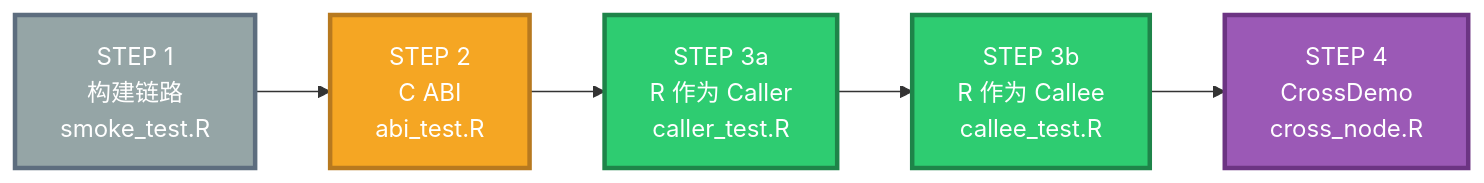
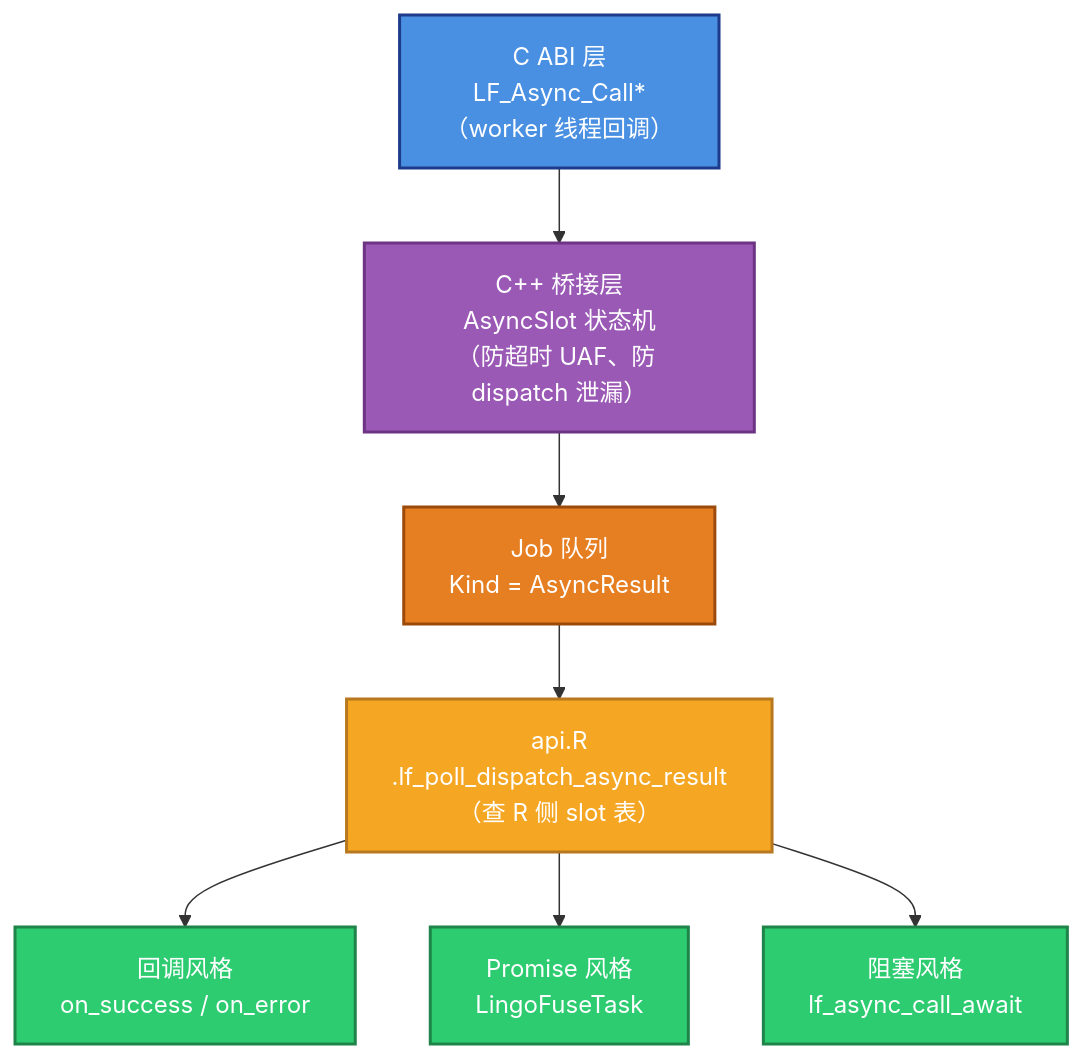
The eighth of 9 diagrams in r/README.md (PassByYou888/LingoFuse), drawn with Mermaid before and after one commit. The commit also changed other lines of this file and 155 other files, not shown here.

````diff
--- a/r/README.md
+++ b/r/README.md
@@ -832,16 +903,23 @@
 ```mermaid
-graph LR
-    S1["STEP 1<br/>构建链路<br/>smoke_test.R"]
-    S2["STEP 2<br/>C ABI<br/>abi_test.R"]
-    S3a["STEP 3a<br/>R 作为 Caller<br/>caller_test.R"]
-    S3b["STEP 3b<br/>R 作为 Callee<br/>callee_test.R"]
-    S4["STEP 4<br/>CrossDemo<br/>cross_node.R"]
+graph TB
+    RAW["C ABI 层<br/>LF_Async_Call*<br/>（worker 线程回调）"]
+    SLOT["C++ 桥接层<br/>AsyncSlot 状态机<br/>（防超时 UAF、防 dispatch 泄漏）"]
+    JOB["Job 队列<br/>Kind = AsyncResult"]
+    DISPATCH["api.R<br/>.lf_poll_dispatch_async_result<br/>（查 R 侧 slot 表）"]
+    CALLBACK["回调风格<br/>on_success / on_error"]
+    TASK["Promise 风格<br/>LingoFuseTask"]
+    AWAIT["阻塞风格<br/>lf_async_call_await"]
 
-    S1 --> S2 --> S3a --> S3b --> S4
+    RAW --> SLOT --> JOB --> DISPATCH
+    DISPATCH --> CALLBACK
+    DISPATCH --> TASK
+    DISPATCH --> AWAIT
 
-    style S1 fill:#95A5A6,stroke:#5D6D7E,stroke-width:3px,color:#FFFFFF
-    style S2 fill:#F5A623,stroke:#B7791F,stroke-width:3px,color:#FFFFFF
-    style S3a fill:#2ECC71,stroke:#1E8449,stroke-width:3px,color:#FFFFFF
-    style S3b fill:#2ECC71,stroke:#1E8449,stroke-width:3px,color:#FFFFFF
-    style S4 fill:#9B59B6,stroke:#6C3483,stroke-width:3px,color:#FFFFFF
+    style RAW fill:#4A90E2,stroke:#1E3A8A,stroke-width:2px,color:#FFFFFF
+    style SLOT fill:#9B59B6,stroke:#6C3483,stroke-width:2px,color:#FFFFFF
+    style JOB fill:#E67E22,stroke:#9C4A0C,stroke-width:2px,color:#FFFFFF
+    style DISPATCH fill:#F5A623,stroke:#B7791F,stroke-width:2px,color:#FFFFFF
+    style CALLBACK fill:#2ECC71,stroke:#1E8449,stroke-width:2px,color:#FFFFFF
+    style TASK fill:#2ECC71,stroke:#1E8449,stroke-width:2px,color:#FFFFFF
+    style AWAIT fill:#2ECC71,stroke:#1E8449,stroke-width:2px,color:#FFFFFF
 ```
````
